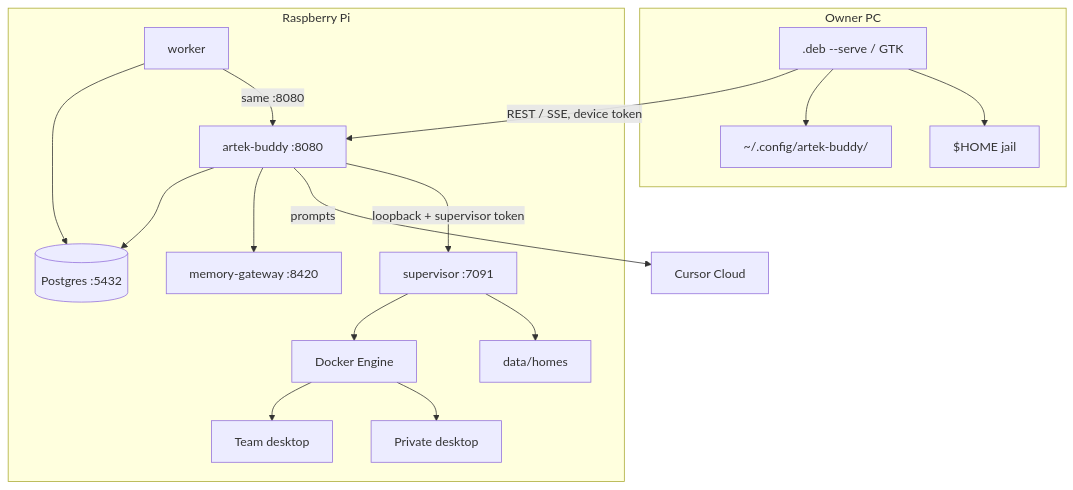
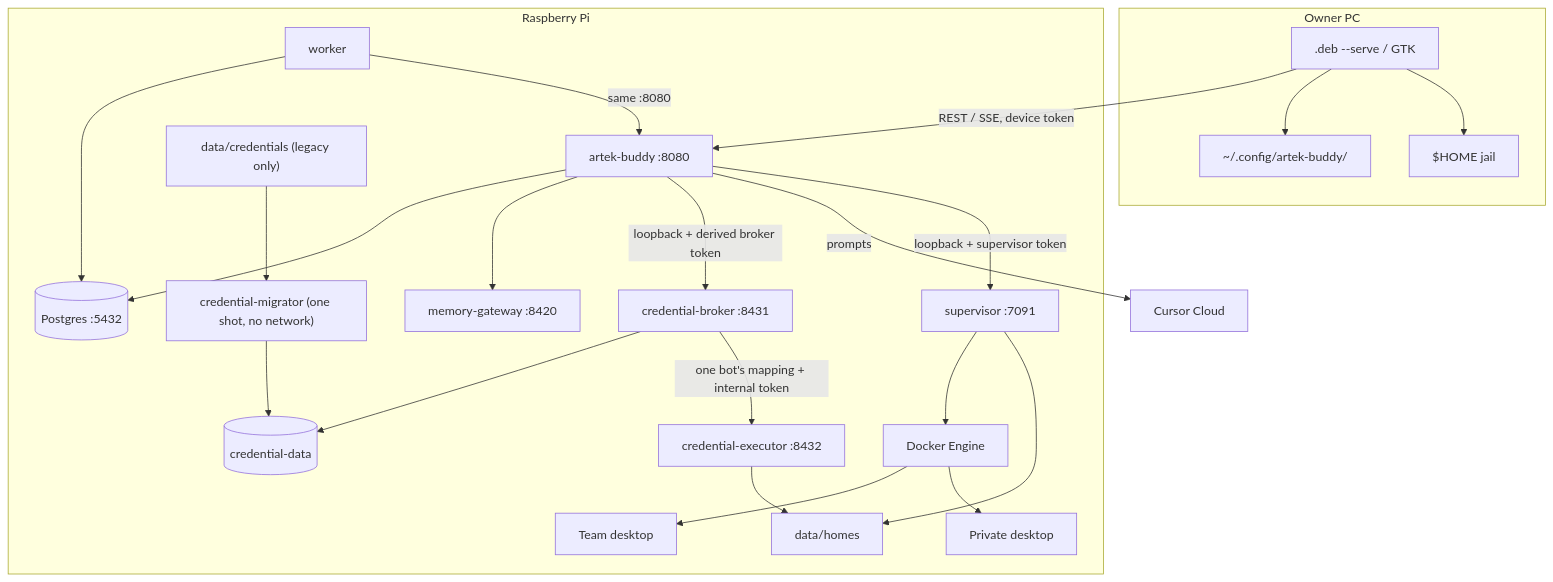
The first of 2 diagrams in ARCHITECTURE.md (itsuppartem/artek-buddy), drawn with Mermaid before and after one commit. The commit also changed other lines of this file and 40 other files, not shown here.

Commit message:
feat: isolate bot credentials behind broker

````diff
--- a/ARCHITECTURE.md
+++ b/ARCHITECTURE.md
@@ -16,33 +17,44 @@
 ```mermaid
 flowchart TB
   subgraph ownerPC [Owner PC]
     Deb[".deb --serve / GTK"]
     Token["~/.config/artek-buddy/"]
     Home["$HOME jail"]
   end
   subgraph pi [Raspberry Pi]
     API["artek-buddy :8080"]
     Worker["worker"]
     Super["supervisor :7091"]
     GW["memory-gateway :8420"]
+    Broker["credential-broker :8431"]
+    Executor["credential-executor :8432"]
     DB[(Postgres :5432)]
     Homes["data/homes"]
+    Creds[("credential-data")]
+    Migrator["credential-migrator (one shot, no network)"]
+    Legacy["data/credentials (legacy only)"]
     Engine["Docker Engine"]
     Team["Team desktop"]
     Priv["Private desktop"]
   end
   Cursor["Cursor Cloud"]
   Deb -->|"REST / SSE, device token"| API
   Deb --> Token
   Deb --> Home
   API --> DB
   Worker --> DB
   Worker -->|"same :8080"| API
   API --> GW
+  API -->|"loopback + derived broker token"| Broker
+  Broker --> Creds
+  Broker -->|"one bot's mapping + internal token"| Executor
+  Executor --> Homes
+  Legacy --> Migrator
+  Migrator --> Creds
   API -->|"prompts"| Cursor
   API -->|"loopback + supervisor token"| Super
   Super --> Engine
   Super --> Homes
   Engine --> Team
   Engine --> Priv
 ```
````
